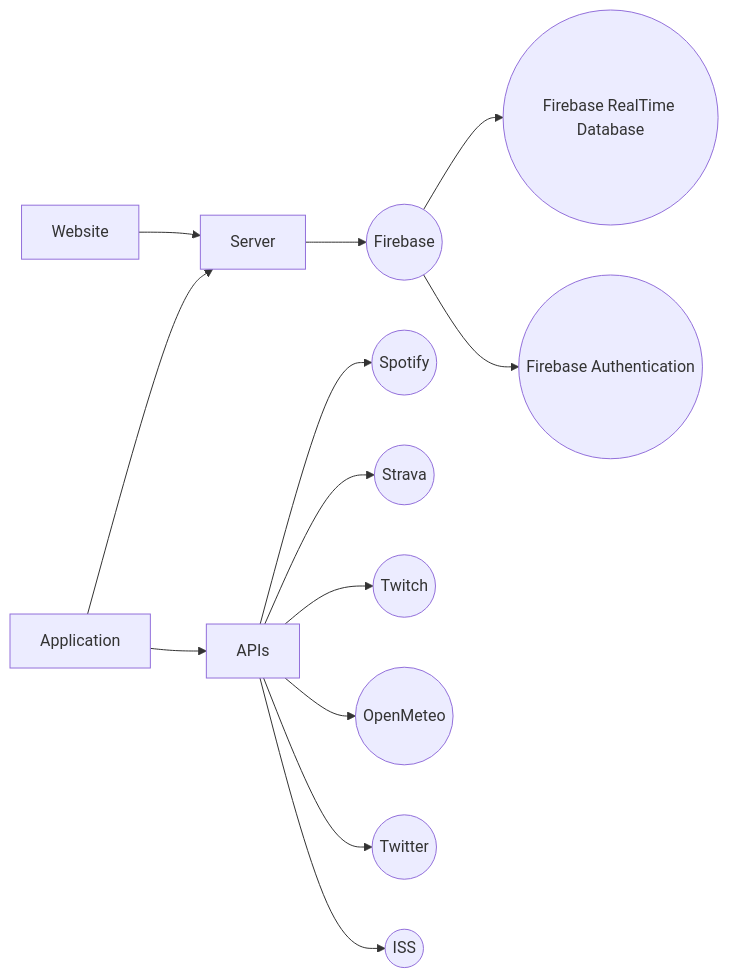
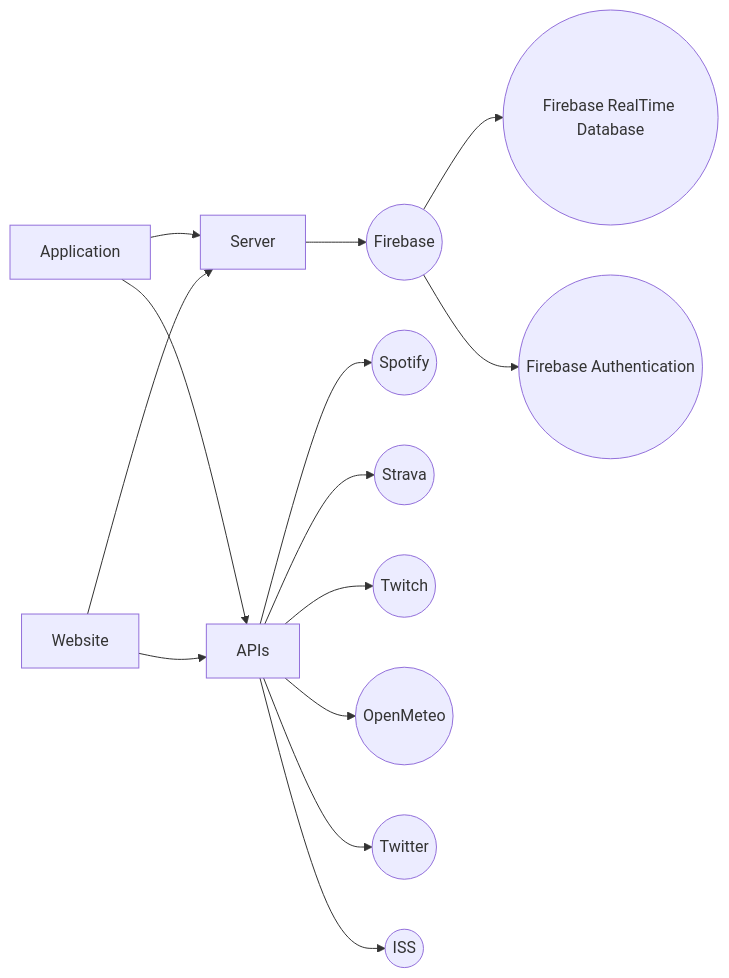
The diagram in README.md (Epitech-Nantes-Tek3/AREA), drawn with Mermaid before and after one commit.

Commit message:
Add arrow between web and api

````diff
--- a/README.md
+++ b/README.md
@@ -50,15 +50,16 @@
 ```mermaid
 graph LR
 A[Application] --> C[Server]
 B[Website] --> C[Server]
 C --> D((Firebase))
 D --> E((Firebase RealTime Database))
 D --> F((Firebase Authentication))
 A --> M[APIs]
+B --> M
 M --> G((Spotify))
 M --> H((Strava))
 M --> I((Twitch))
 M --> J((OpenMeteo))
 M --> K((Twitter))
 M --> L((ISS))
 ```
````
